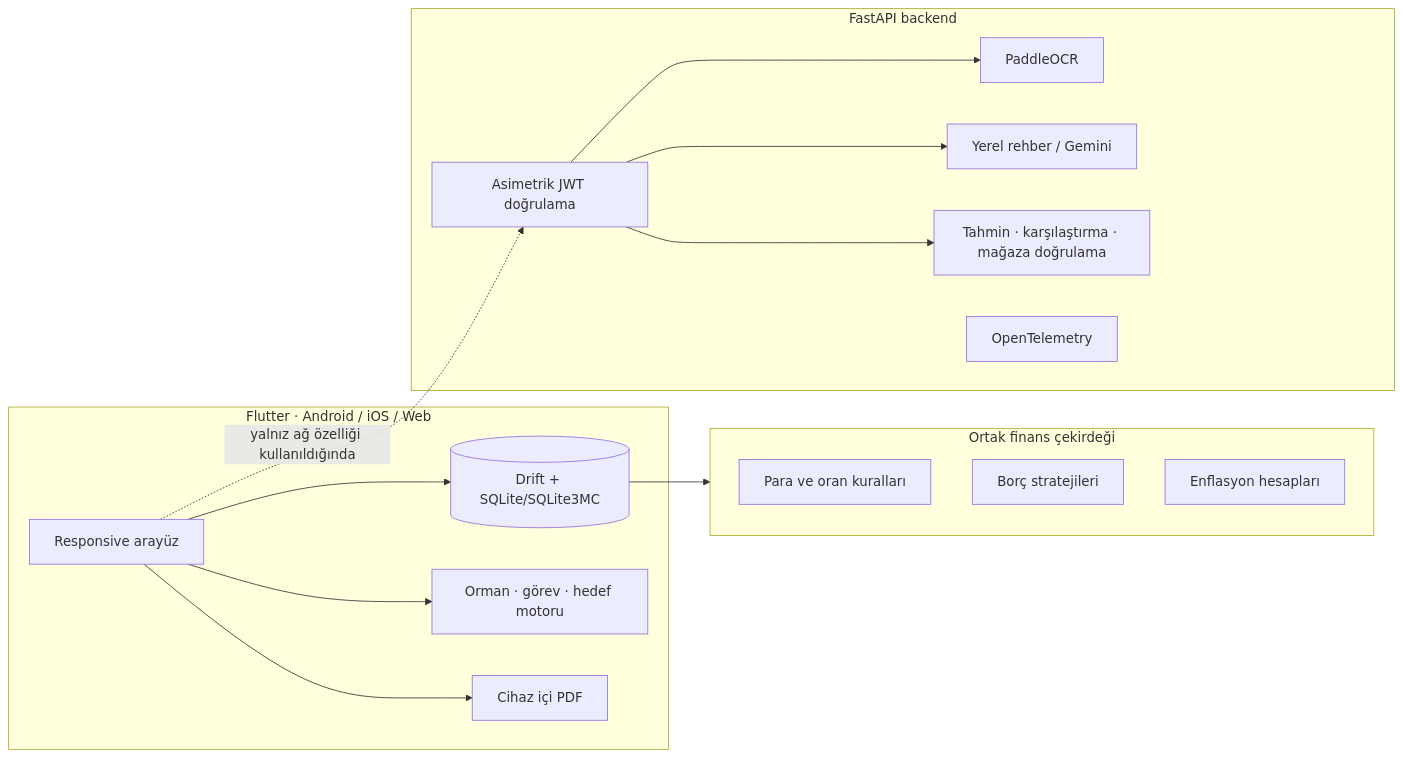
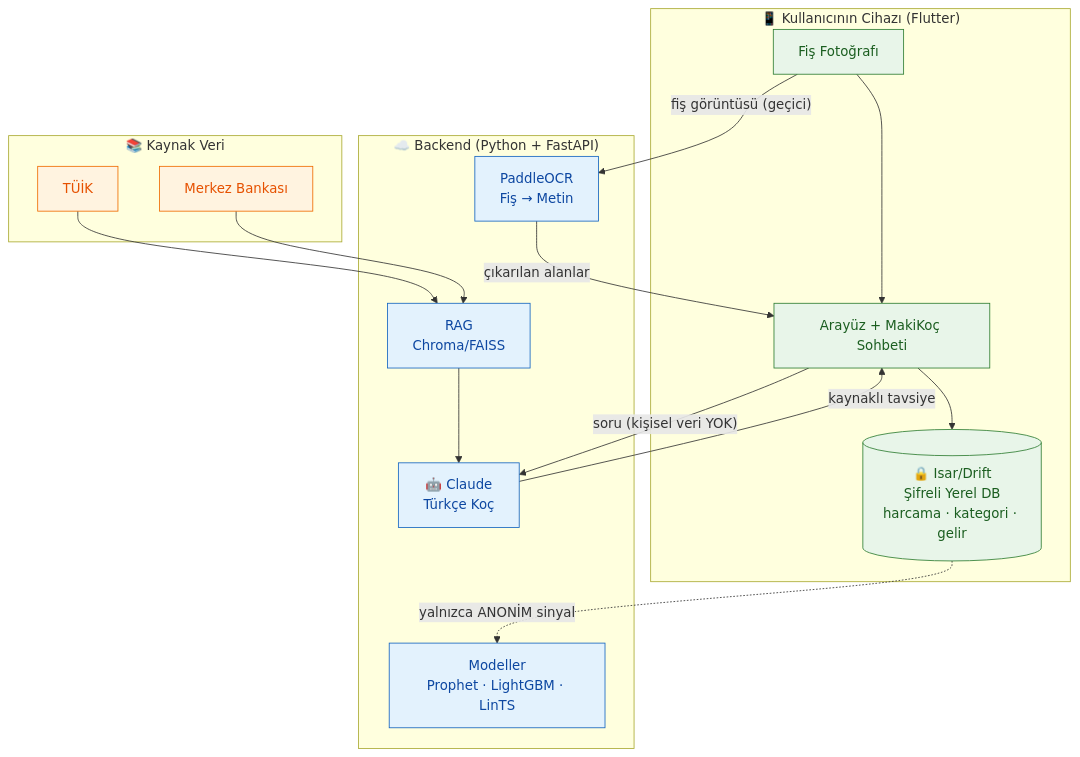
One commit to sevncmutlu/bootcamp changed the diagram in README.md. Above: the diagram before and after it, drawn with Mermaid. The commit also changed other lines of this file and 30 other files, not shown here.

````diff
--- a/README.md
+++ b/README.md
@@ -109,33 +58,38 @@
 ```mermaid
-flowchart LR
-  subgraph Client["Flutter · Android / iOS / Web"]
-    UI["Responsive arayüz"]
-    DB[("Drift + SQLite/SQLite3MC")]
-    FOREST["Orman · görev · hedef motoru"]
-    REPORT["Cihaz içi PDF"]
-    UI --> DB
-    UI --> FOREST
-    UI --> REPORT
-  end
+flowchart TB
+    subgraph Cihaz["📱 Kullanıcının Cihazı (Flutter)"]
+        UI["Arayüz + MakiKoç Sohbeti"]
+        LDB[("🔒 Isar/Drift<br/>Şifreli Yerel DB<br/>harcama · kategori · gelir")]
+        OCRD["Fiş Fotoğrafı"]
+        UI --> LDB
+        OCRD --> UI
+    end
 
-  subgraph Core["Ortak finans çekirdeği"]
-    MONEY["Para ve oran kuralları"]
-    DEBT["Borç stratejileri"]
-    INFLATION["Enflasyon hesapları"]
-  end
+    subgraph Sunucu["☁️ Backend (Python + FastAPI)"]
+        OCR["PaddleOCR<br/>Fiş → Metin"]
+        RAG["RAG<br/>Chroma/FAISS"]
+        ML["Modeller<br/>Prophet · LightGBM · LinTS"]
+        LLM["🤖 Claude<br/>Türkçe Koç"]
+    end
 
-  subgraph API["FastAPI backend"]
-    AUTH["Asimetrik JWT doğrulama"]
-    OCR["PaddleOCR"]
-    COACH["Yerel rehber / Gemini"]
-    ML["Tahmin · karşılaştırma · mağaza doğrulama"]
-    OTEL["OpenTelemetry"]
-  end
+    subgraph Kaynak["📚 Kaynak Veri"]
+        TUIK["TÜİK"]
+        MB["Merkez Bankası"]
+    end
 
-  DB --> Core
-  UI -. "yalnız ağ özelliği kullanıldığında" .-> AUTH
-  AUTH --> OCR
-  AUTH --> COACH
-  AUTH --> ML
-  API --> OTEL
+    LDB -. "yalnızca ANONİM sinyal" .-> ML
+    OCRD -- "fiş görüntüsü (geçici)" --> OCR
+    OCR -- "çıkarılan alanlar" --> UI
+    UI -- "soru (kişisel veri YOK)" --> LLM
+    RAG --> LLM
+    TUIK --> RAG
+    MB --> RAG
+    LLM -- "kaynaklı tavsiye" --> UI
+
+    classDef device fill:#e8f5e9,stroke:#2e7d32,color:#1b5e20;
+    classDef server fill:#e3f2fd,stroke:#1565c0,color:#0d47a1;
+    classDef src fill:#fff3e0,stroke:#ef6c00,color:#e65100;
+    class UI,LDB,OCRD device;
+    class OCR,RAG,ML,LLM server;
+    class TUIK,MB src;
 ```
````
